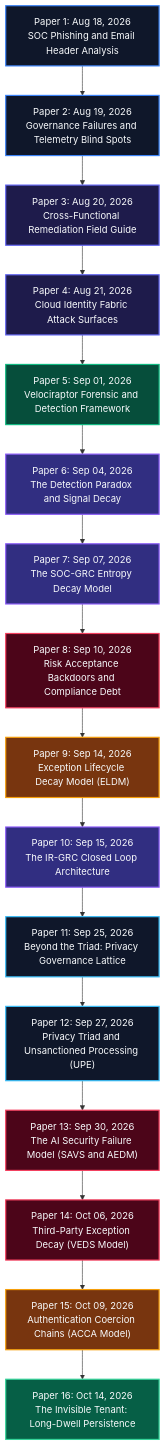
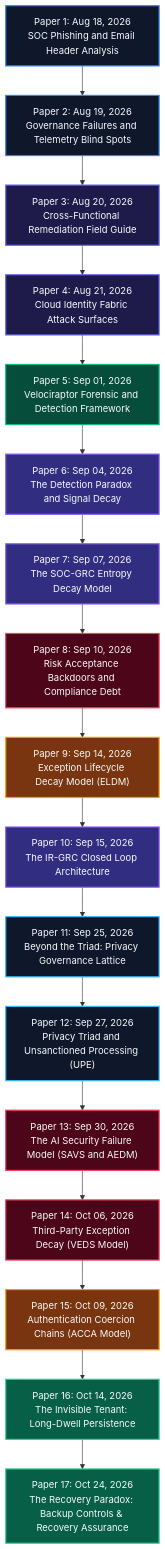
One commit to hiro001-eth/What-I-Learned-Today-on-SOC-GRC- changed the first of 3 diagrams in README.md. Above: the diagram before and after it, drawn with Mermaid. The commit also changed other lines of this file, not shown here.

Commit message:
docs: add Paper 17 (Recovery Paradox) to all README sections — index, changelog, learning paths, badge, Mermaid map

````diff
--- a/README.md
+++ b/README.md
@@ -44,39 +44,41 @@
 ```mermaid
 graph TD
     AUG18["Paper 1: Aug 18, 2026<br/>SOC Phishing and Email Header Analysis"] --> AUG19["Paper 2: Aug 19, 2026<br/>Governance Failures and Telemetry Blind Spots"]
     AUG19 --> AUG20["Paper 3: Aug 20, 2026<br/>Cross-Functional Remediation Field Guide"]
     AUG20 --> AUG21["Paper 4: Aug 21, 2026<br/>Cloud Identity Fabric Attack Surfaces"]
     AUG21 --> SEP01["Paper 5: Sep 01, 2026<br/>Velociraptor Forensic and Detection Framework"]
     SEP01 --> SEP04["Paper 6: Sep 04, 2026<br/>The Detection Paradox and Signal Decay"]
     SEP04 --> SEP07["Paper 7: Sep 07, 2026<br/>The SOC-GRC Entropy Decay Model"]
     SEP07 --> SEP10["Paper 8: Sep 10, 2026<br/>Risk Acceptance Backdoors and Compliance Debt"]
     SEP10 --> SEP14["Paper 9: Sep 14, 2026<br/>Exception Lifecycle Decay Model (ELDM)"]
     SEP14 --> SEP15["Paper 10: Sep 15, 2026<br/>The IR-GRC Closed Loop Architecture"]
     SEP15 --> SEP25["Paper 11: Sep 25, 2026<br/>Beyond the Triad: Privacy Governance Lattice"]
     SEP25 --> SEP27["Paper 12: Sep 27, 2026<br/>Privacy Triad and Unsanctioned Processing (UPE)"]
     SEP27 --> SEP30["Paper 13: Sep 30, 2026<br/>The AI Security Failure Model (SAVS and AEDM)"]
     SEP30 --> OCT06["Paper 14: Oct 06, 2026<br/>Third-Party Exception Decay (VEDS Model)"]
     OCT06 --> OCT09["Paper 15: Oct 09, 2026<br/>Authentication Coercion Chains (ACCA Model)"]
     OCT09 --> OCT14["Paper 16: Oct 14, 2026<br/>The Invisible Tenant: Long-Dwell Persistence"]
+    OCT14 --> OCT24["Paper 17: Oct 24, 2026<br/>The Recovery Paradox: Backup Controls & Recovery Assurance"]
 
     classDef foundation fill:#0F172A,stroke:#3B82F6,color:#F8FAFC,stroke-width:2px;
     classDef telemetry fill:#1E1B4B,stroke:#6366F1,color:#F8FAFC,stroke-width:2px;
     classDef forensics fill:#064E3B,stroke:#10B981,color:#F8FAFC,stroke-width:2px;
     classDef theoretical fill:#312E81,stroke:#8B5CF6,color:#F8FAFC,stroke-width:2px;
     classDef critical fill:#4C0519,stroke:#F43F5E,color:#F8FAFC,stroke-width:2px;
     classDef breakthrough fill:#78350F,stroke:#F59E0B,color:#F8FAFC,stroke-width:2px;
     classDef privacy fill:#0F172A,stroke:#38BDF8,color:#F8FAFC,stroke-width:2px;
     classDef latest fill:#065F46,stroke:#34D399,color:#F8FAFC,stroke-width:2px;
 
     class AUG18,AUG19 foundation;
     class AUG20,AUG21 telemetry;
     class SEP01 forensics;
     class SEP04,SEP07 theoretical;
     class SEP10 critical;
     class SEP14 breakthrough;
     class SEP15 theoretical;
     class SEP25,SEP27 privacy;
     class SEP30,OCT06 critical;
     class OCT09 breakthrough;
     class OCT14 latest;
+    class OCT24 latest;
 ```
````
